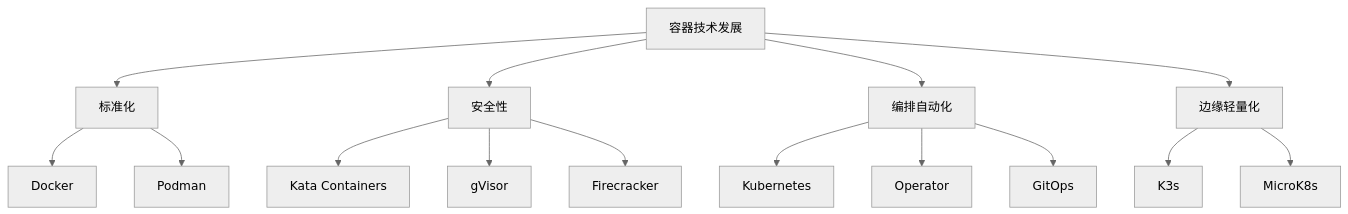
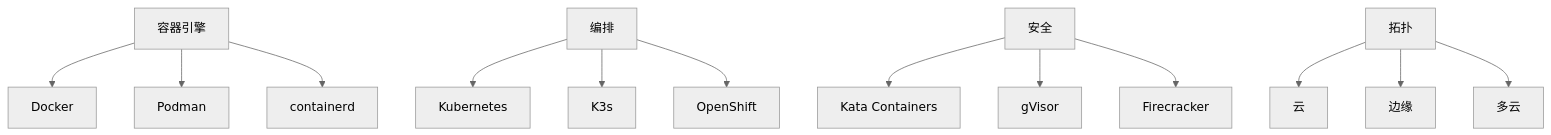
The diagram in 7.容器与微服务/7.1 知识梳理/7.1.6.1 容器技术发展趋势.md (AdaMartin18010/SystemOSIOT), drawn with Mermaid (neutral theme) before and after one commit. The commit also changed other lines of this file and 4 other files, not shown here.

````diff
--- a/7.容器与微服务/7.1 知识梳理/7.1.6.1 容器技术发展趋势.md
+++ b/7.容器与微服务/7.1 知识梳理/7.1.6.1 容器技术发展趋势.md
@@ -56,17 +47,15 @@
 ```mermaid
-graph TD
-    A[容器技术发展] --> B[标准化]
-    A --> C[安全性]
-    A --> D[编排自动化]
-    A --> E[边缘轻量化]
-    B --> F[Docker]
-    B --> G[Podman]
-    C --> H[Kata Containers]
-    C --> I[gVisor]
-    C --> J[Firecracker]
-    D --> K[Kubernetes]
-    D --> L[Operator]
-    D --> M[GitOps]
-    E --> N[K3s]
-    E --> O[MicroK8s]
+graph TD;
+  Engine[容器引擎] --> Docker[Docker];
+  Engine --> Podman[Podman];
+  Engine --> containerd[containerd];
+  Orchestration[编排] --> K8s[Kubernetes];
+  Orchestration --> K3s[K3s];
+  Orchestration --> OpenShift[OpenShift];
+  Security[安全] --> Kata[Kata Containers];
+  Security --> gVisor[gVisor];
+  Security --> Firecracker[Firecracker];
+  Topology[拓扑] --> Cloud[云];
+  Topology --> Edge[边缘];
+  Topology --> MultiCloud[多云];
 ```
````
